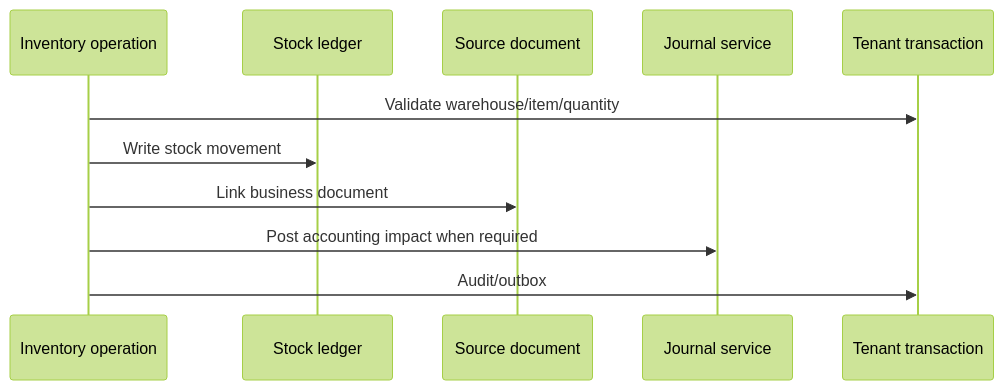
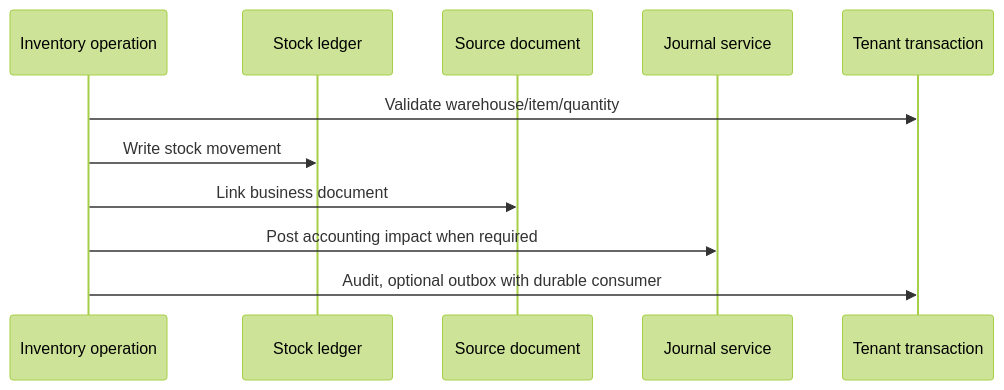
The second of 2 diagrams in docs/superpowers/plans/2026-06-16-phase-09-trade-inventory-import-export-detailed-plan.md (isherbuilds/edernal-books), drawn with Mermaid (forest theme) before and after one commit. The commit also changed other lines of this file and 110 other files, not shown here.

````diff
--- a/docs/superpowers/plans/2026-06-16-phase-09-trade-inventory-import-export-detailed-plan.md
+++ b/docs/superpowers/plans/2026-06-16-phase-09-trade-inventory-import-export-detailed-plan.md
@@ -28,14 +28,14 @@
 ```mermaid
 sequenceDiagram
   participant Ops as Inventory operation
   participant Stock as Stock ledger
   participant Doc as Source document
   participant Ledger as Journal service
   participant DB as Tenant transaction
 
   Ops->>DB: Validate warehouse/item/quantity
   Ops->>Stock: Write stock movement
   Ops->>Doc: Link business document
   Ops->>Ledger: Post accounting impact when required
-  Ops->>DB: Audit/outbox
+  Ops->>DB: Audit, optional outbox with durable consumer
 ```
````
